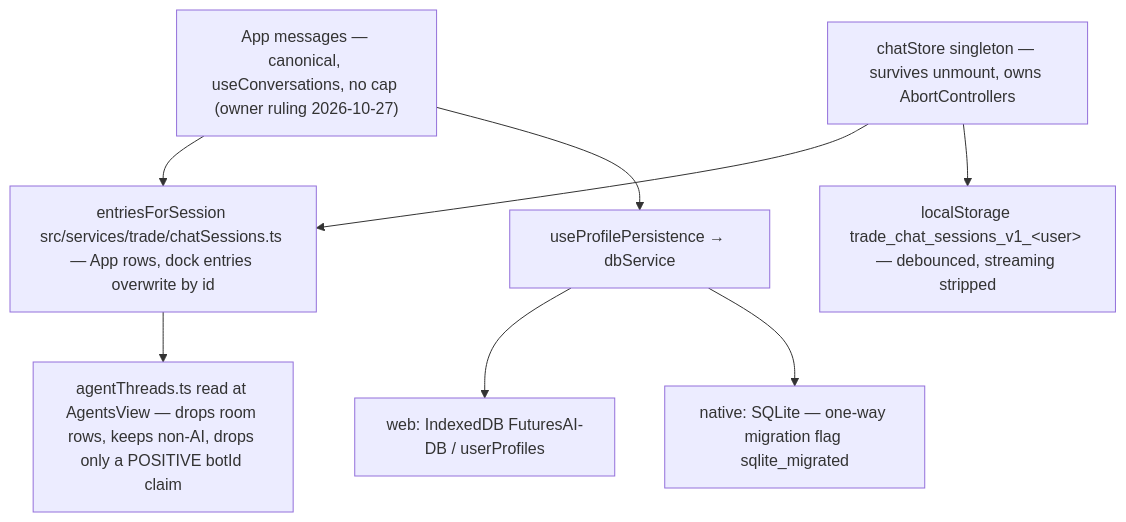
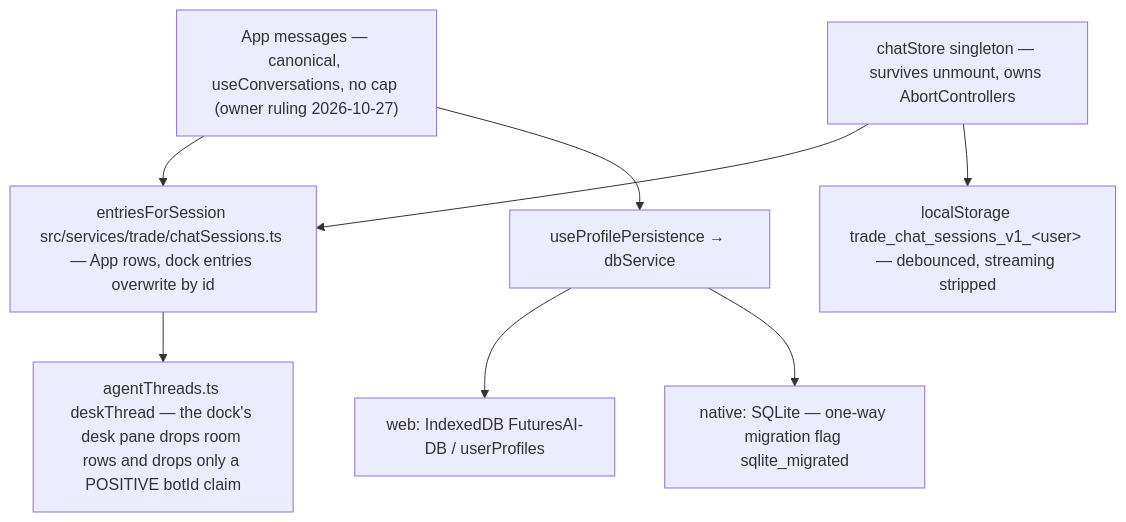
One commit to KILLER3UG/augustTrading changed the eighth of 8 diagrams in docs/architecture/system-map.md. Above: the diagram before and after it, drawn with Mermaid. The commit also changed other lines of this file and 17 other files, not shown here.

````diff
--- a/docs/architecture/system-map.md
+++ b/docs/architecture/system-map.md
@@ -501,10 +500,10 @@
 ```mermaid
 flowchart TD
     MSG["App messages — canonical, useConversations, no cap (owner ruling 2026-10-27)"] --> MER["entriesForSession src/services/trade/chatSessions.ts — App rows, dock entries overwrite by id"]
     CS["chatStore singleton — survives unmount, owns AbortControllers"] --> MER
-    MER --> PANE["agentThreads.ts read at AgentsView — drops room rows, keeps non-AI, drops only a POSITIVE botId claim"]
+    MER --> PANE["agentThreads.ts deskThread — the dock's desk pane drops room rows and drops only a POSITIVE botId claim"]
     CS --> LS["localStorage trade_chat_sessions_v1_&lt;user&gt; — debounced, streaming stripped"]
     MSG --> PP["useProfilePersistence → dbService"]
     PP --> IDB["web: IndexedDB FuturesAI-DB / userProfiles"]
     PP --> SQL["native: SQLite — one-way migration flag sqlite_migrated"]
 ```
````
